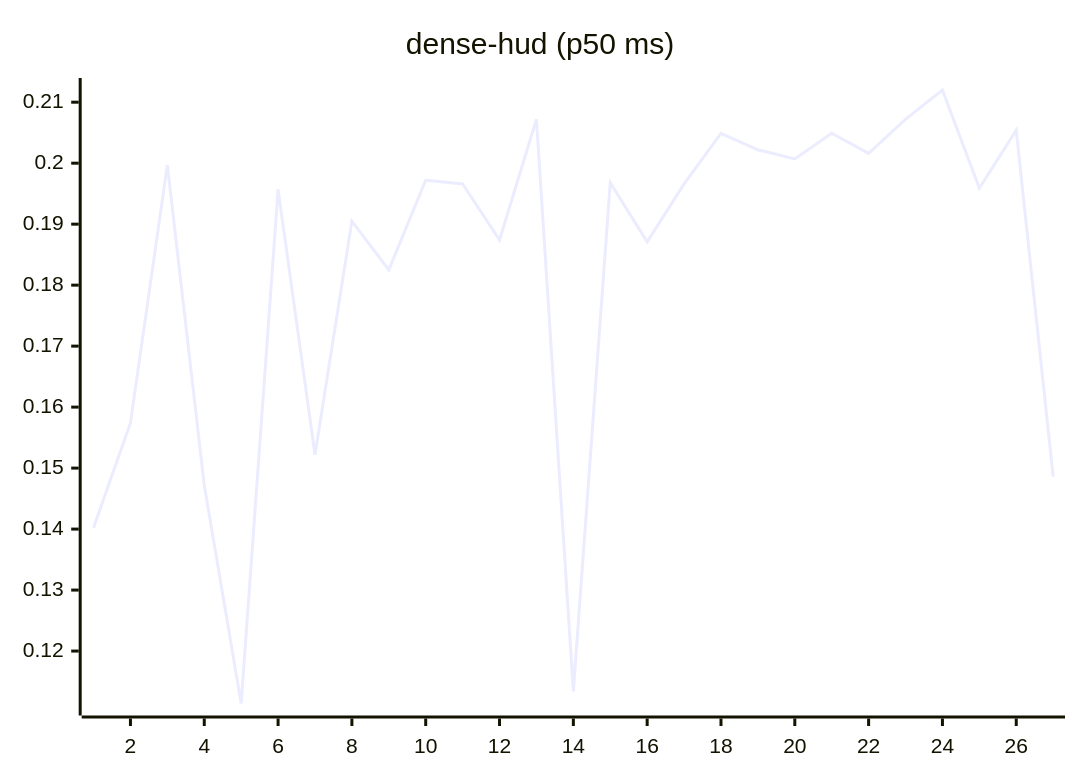
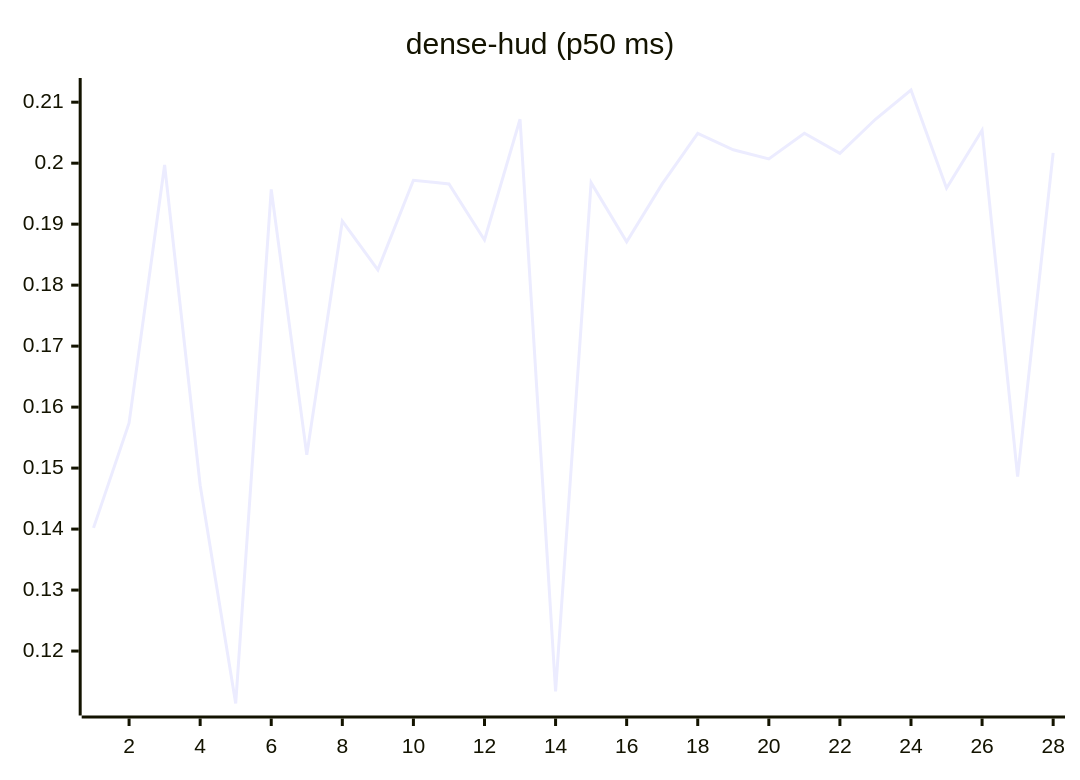
The eighth of 27 diagrams in README.md (josha/Facet), drawn with Mermaid before and after one commit. The commit also changed other lines of this file and 2 other files, not shown here.

````diff
--- a/README.md
+++ b/README.md
@@ -112,6 +112,6 @@
 ```mermaid
 xychart-beta
     title "dense-hud (p50 ms)"
-    x-axis 1 --> 27
-    line [0.1402, 0.1574, 0.1997, 0.1472, 0.1114, 0.1957, 0.1522, 0.1905, 0.1825, 0.1972, 0.1966, 0.1874, 0.2072, 0.1134, 0.1968, 0.1871, 0.1966, 0.2049, 0.2022, 0.2007, 0.2049, 0.2016, 0.2072, 0.2120, 0.1959, 0.2054, 0.1486]
+    x-axis 1 --> 28
+    line [0.1402, 0.1574, 0.1997, 0.1472, 0.1114, 0.1957, 0.1522, 0.1905, 0.1825, 0.1972, 0.1966, 0.1874, 0.2072, 0.1134, 0.1968, 0.1871, 0.1966, 0.2049, 0.2022, 0.2007, 0.2049, 0.2016, 0.2072, 0.2120, 0.1959, 0.2054, 0.1486, 0.2017]
 ```
````
